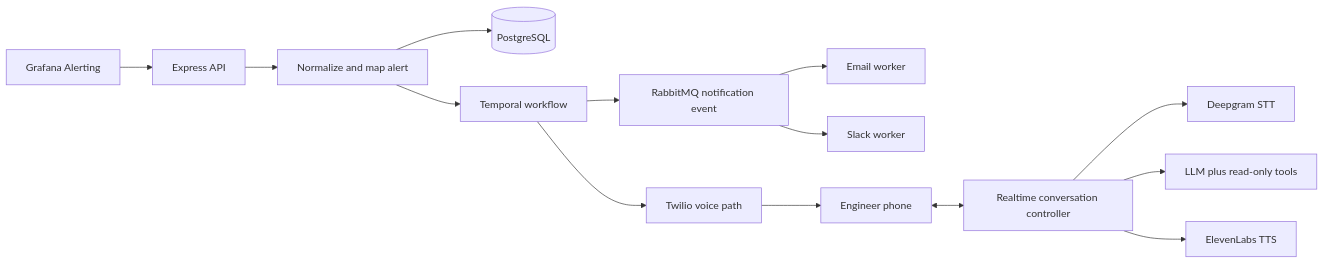
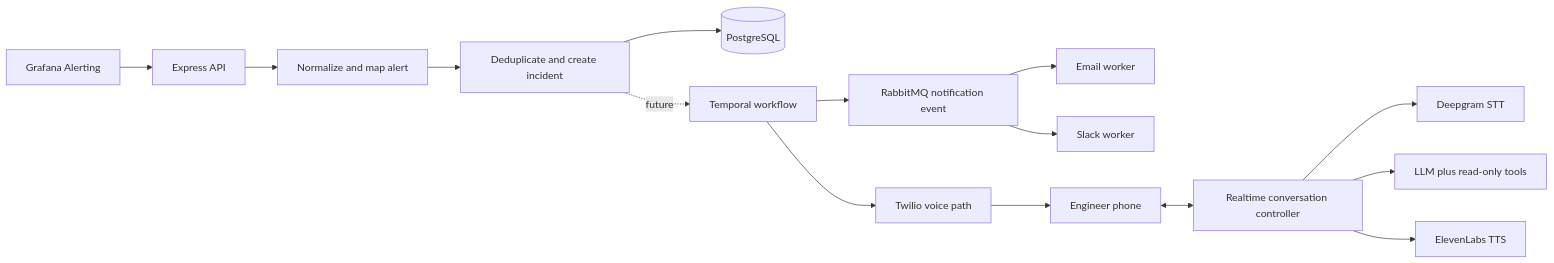
The first of 2 diagrams in docs/architecture.md (abhinavkarnatak-dev/WakeOps), drawn with Mermaid before and after one commit. The commit also changed other lines of this file and 28 other files, not shown here.

````diff
--- a/docs/architecture.md
+++ b/docs/architecture.md
@@ -5,16 +5,17 @@
 ```mermaid
 flowchart LR
     M[Grafana Alerting] --> API[Express API]
     API --> A[Normalize and map alert]
-    A --> DB[(PostgreSQL)]
-    A --> T[Temporal workflow]
+    A --> I[Deduplicate and create incident]
+    I --> DB[(PostgreSQL)]
+    I -. future .-> T[Temporal workflow]
     T --> V[Twilio voice path]
     T --> Q[RabbitMQ notification event]
     Q --> E[Email worker]
     Q --> S[Slack worker]
     V --> P[Engineer phone]
     P <--> C[Realtime conversation controller]
     C --> D[Deepgram STT]
     C --> L[LLM plus read-only tools]
     C --> EL[ElevenLabs TTS]
 ```
````
